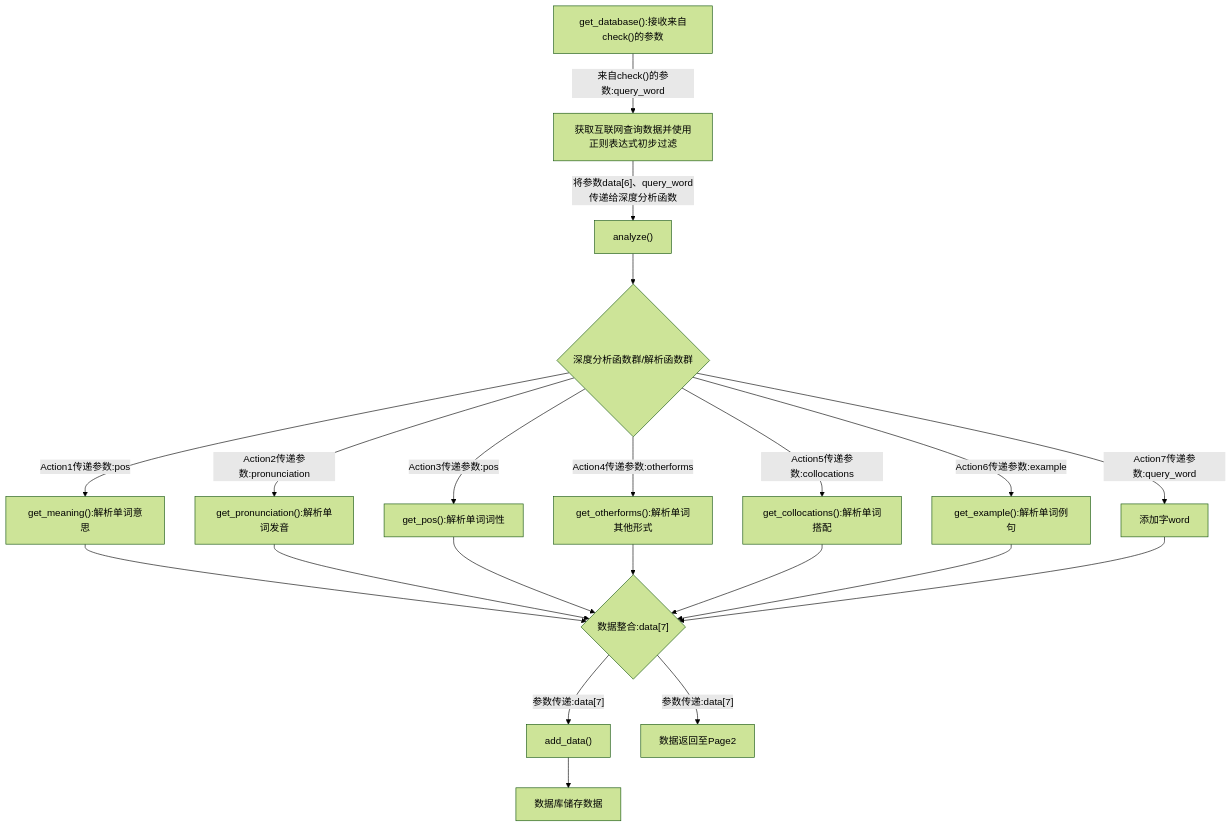
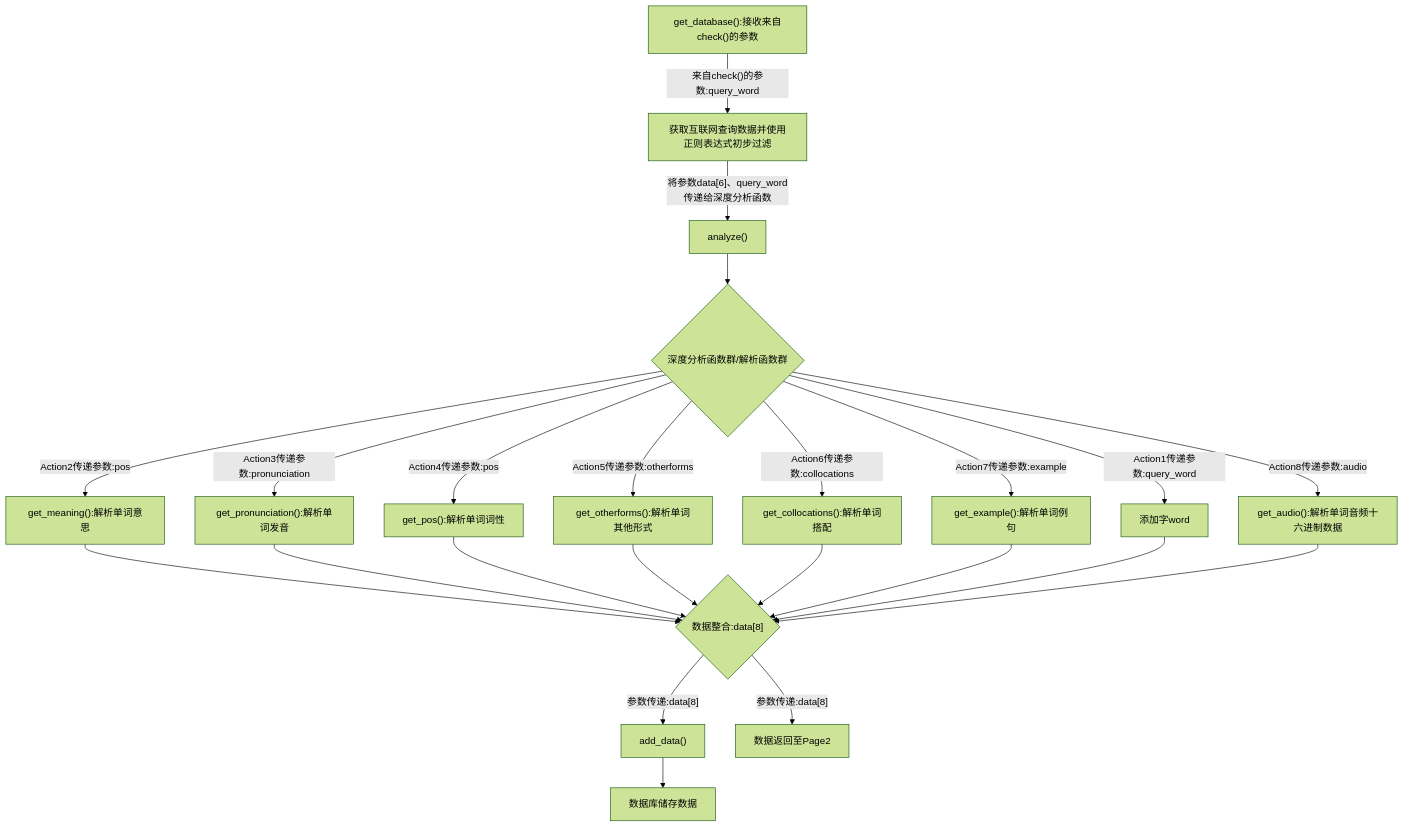
The fourth of 4 diagrams in README.md (SoDebug/ElectronicDictionary), drawn with Mermaid (forest theme) before and after one commit. The commit also changed other lines of this file, not shown here.

Commit message:
[Important]:紧跟DataBase.py & main.py的代码做了最新的调整

````diff
--- a/README.md
+++ b/README.md
@@ -152,23 +152,25 @@
 ```mermaid
 flowchart TD
 A["get_database():接收来自check()的参数"] -->|"来自check()的参数:query_word"| B["获取互联网查询数据并使用正则表达式初步过滤"]
 B -->|"将参数data[6]、query_word传递给深度分析函数"| C["analyze()"]
 C --> D{"深度分析函数群/解析函数群"}
-D -->|Action1传递参数:pos| E["get_meaning():解析单词意思"]
-D -->|Action2传递参数:pronunciation| F["get_pronunciation():解析单词发音"]
-D -->|Action3传递参数:pos| G["get_pos():解析单词词性"]
-D -->|Action4传递参数:otherforms| H["get_otherforms():解析单词其他形式"]
-D -->|Action5传递参数:collocations| I["get_collocations():解析单词搭配"]
-D -->|Action6传递参数:example| J["get_example():解析单词例句"]
-D -->|Action7传递参数:query_word| K["添加字word"]
-E --> L{"数据整合:data[7]"}
+D -->|Action1传递参数:query_word| K["添加字word"]
+D -->|Action2传递参数:pos| E["get_meaning():解析单词意思"]
+D -->|Action3传递参数:pronunciation| F["get_pronunciation():解析单词发音"]
+D -->|Action4传递参数:pos| G["get_pos():解析单词词性"]
+D -->|Action5传递参数:otherforms| H["get_otherforms():解析单词其他形式"]
+D -->|Action6传递参数:collocations| I["get_collocations():解析单词搭配"]
+D -->|Action7传递参数:example| J["get_example():解析单词例句"]
+D -->|Action8传递参数:audio| W["get_audio():解析单词音频十六进制数据"]
+E --> L{"数据整合:data[8]"}
 F --> L
 G --> L
 H --> L
 I --> L
 J --> L
 K --> L
-L -->|"参数传递:data[7]"| M["add_data()"]
-L -->|"参数传递:data[7]"| N["数据返回至Page2"]
+W --> L
+L -->|"参数传递:data[8]"| M["add_data()"]
+L -->|"参数传递:data[8]"| N["数据返回至Page2"]
 M --> O["数据库储存数据"]
 ```
````
